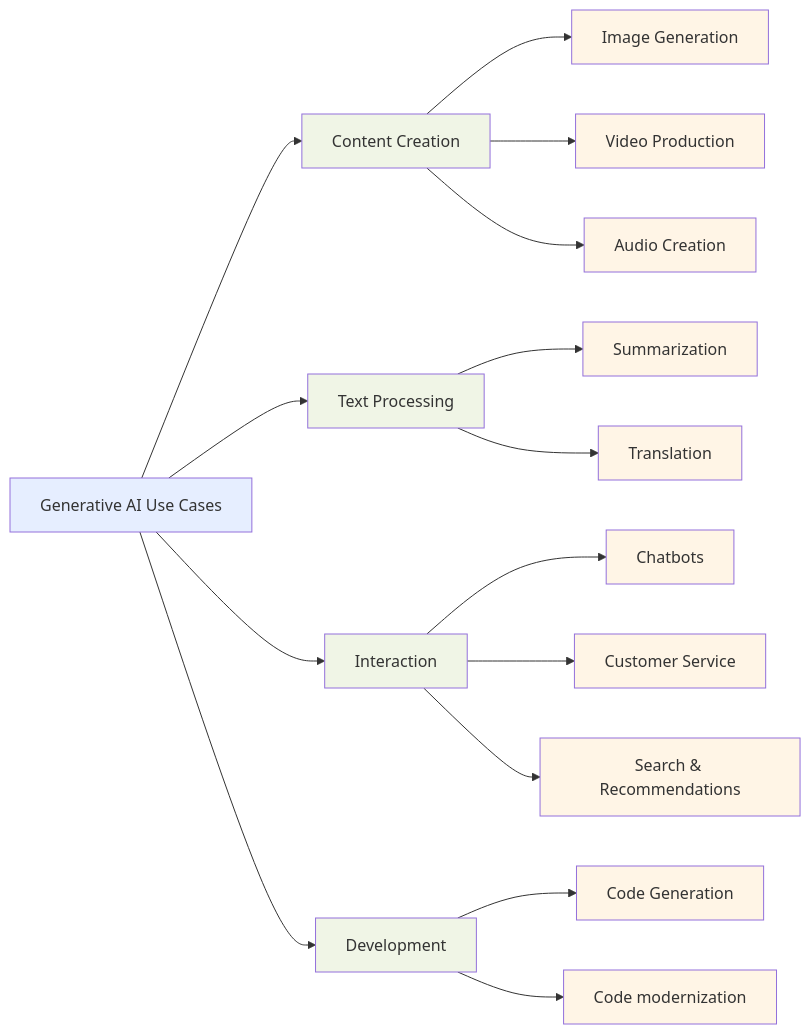
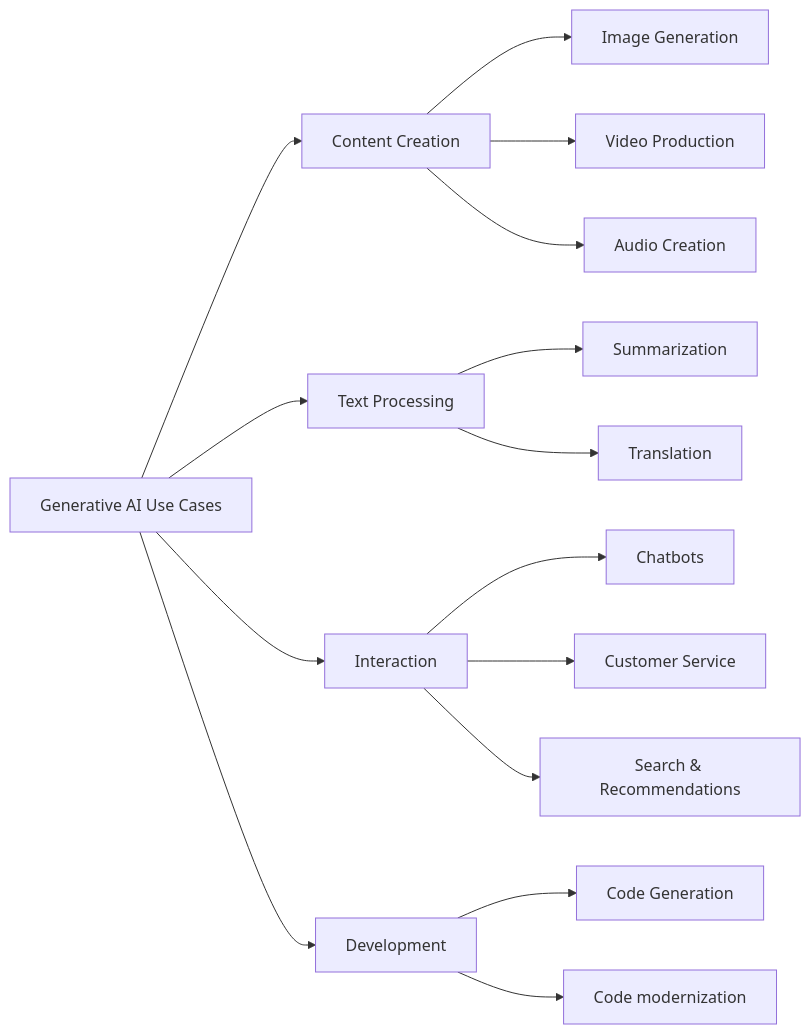
The fourth of 5 diagrams in english/20_10_Basic_concepts_of_generative_AI.md (CloudCityPress/aws-aif-c01), drawn with Mermaid before and after one commit. The commit also changed other lines of this file and 16 other files, not shown here.

Commit message:
updating Mermaids

````diff
--- a/english/20_10_Basic_concepts_of_generative_AI.md
+++ b/english/20_10_Basic_concepts_of_generative_AI.md
@@ -161,32 +150,17 @@
 ```mermaid
 flowchart LR
     A[Generative AI Use Cases] --> B[Content Creation]
     A --> C[Text Processing]
     A --> D[Interaction]
     A --> E[Development]
     B --> F[Image Generation]
     B --> G[Video Production]
     B --> H[Audio Creation]
     C --> I[Summarization]
     C --> J[Translation]
     D --> K[Chatbots]
     D --> L[Customer Service]
     D --> M[Search & Recommendations]
     E --> N[Code Generation]
     E --> O[Code modernization]
-    style A fill:#e6eeff
-    style B fill:#f0f5e6
-    style C fill:#f0f5e6
-    style D fill:#f0f5e6
-    style E fill:#f0f5e6
-    style F fill:#fff5e6
-    style G fill:#fff5e6
-    style H fill:#fff5e6
-    style I fill:#fff5e6
-    style J fill:#fff5e6
-    style K fill:#fff5e6
-    style L fill:#fff5e6
-    style M fill:#fff5e6
-    style N fill:#fff5e6
-    style O fill:#fff5e6
 ```
````
